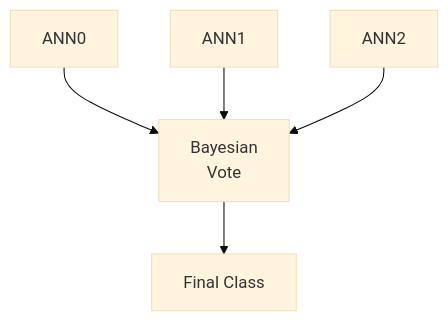
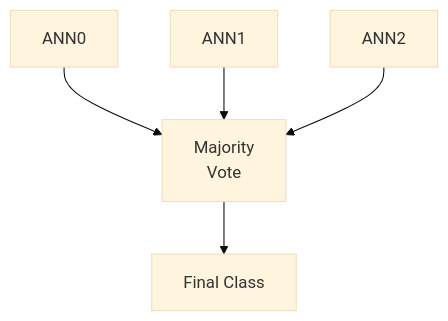
One commit to MelkorBalrog/SynapseX changed the fourth of 9 diagrams in README.md. Above: the diagram before and after it, drawn with Mermaid (base theme). The commit also changed other lines of this file and 2 other files, not shown here.

Commit message:
Revert Bayesian fusion for majority voting

````diff
--- a/README.md
+++ b/README.md
@@ -85,7 +85,7 @@
 ```mermaid
 graph TD
-    A0[ANN0] --> V[Bayesian\nVote]
+    A0[ANN0] --> V[Majority\nVote]
     A1[ANN1] --> V
     A2[ANN2] --> V
     V --> F[Final Class]
 ```
````
